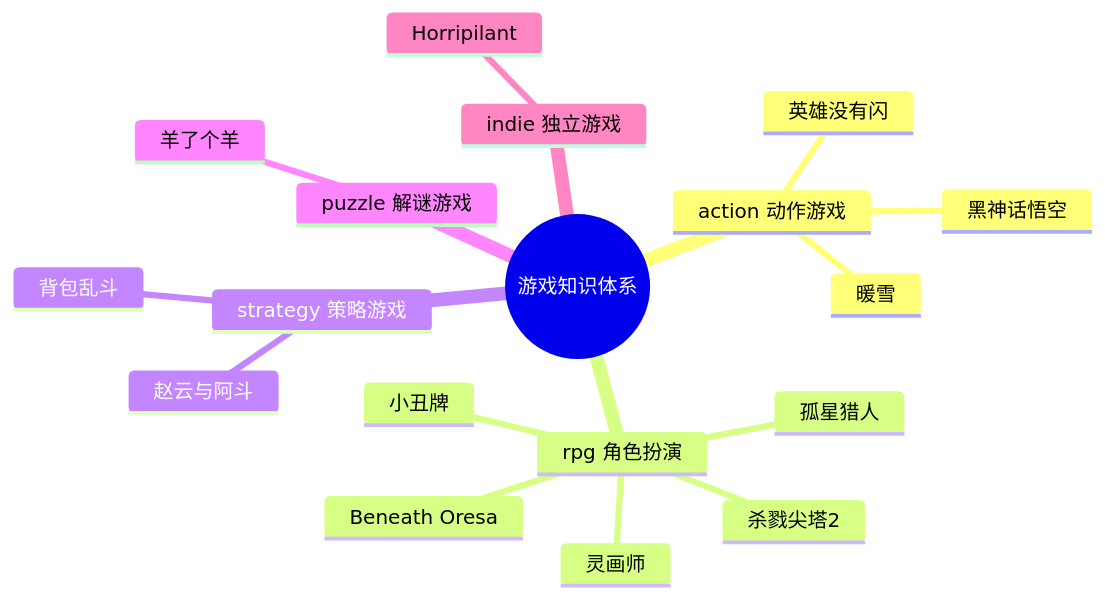
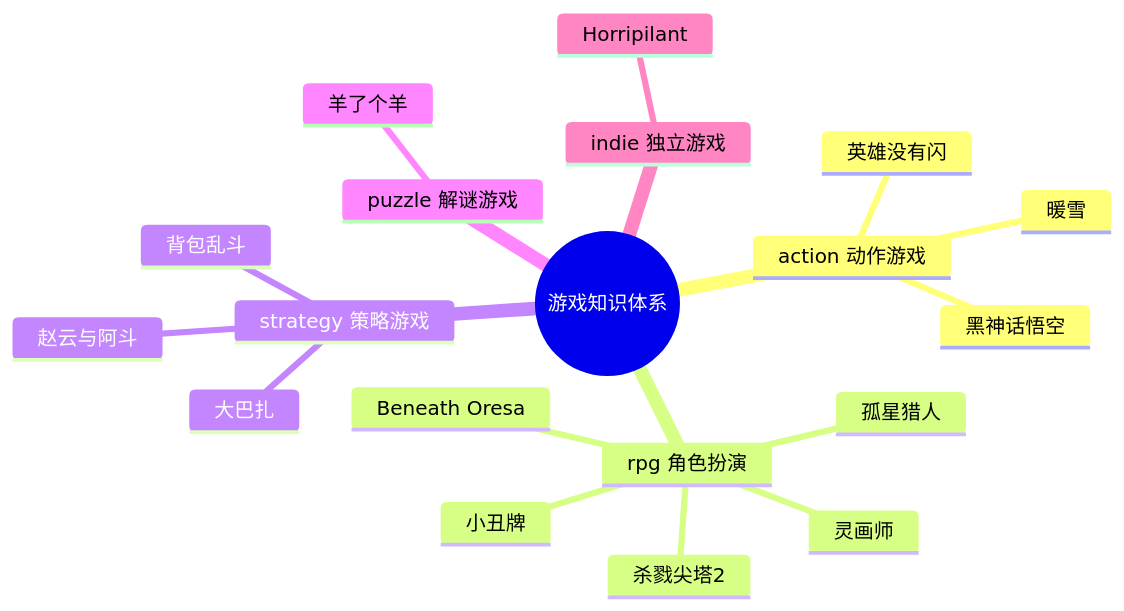
The diagram in games/游戏知识图谱.md (hongyesuifeng/readbooks), drawn with Mermaid before and after one commit. The commit also changed other lines of this file and 1 other file, not shown here.

Commit message:
新增《大巴扎》游戏分析，更新游戏知识图谱

````diff
--- a/games/游戏知识图谱.md
+++ b/games/游戏知识图谱.md
@@ -9,21 +9,22 @@
 ```mermaid
 mindmap
   root((游戏知识体系))
     action 动作游戏
       英雄没有闪
       暖雪
       黑神话悟空
     rpg 角色扮演
       杀戮尖塔2
       灵画师
       Beneath Oresa
       小丑牌
       孤星猎人
     strategy 策略游戏
       背包乱斗
       赵云与阿斗
+      大巴扎
     puzzle 解谜游戏
       羊了个羊
     indie 独立游戏
       Horripilant
 ```
````
